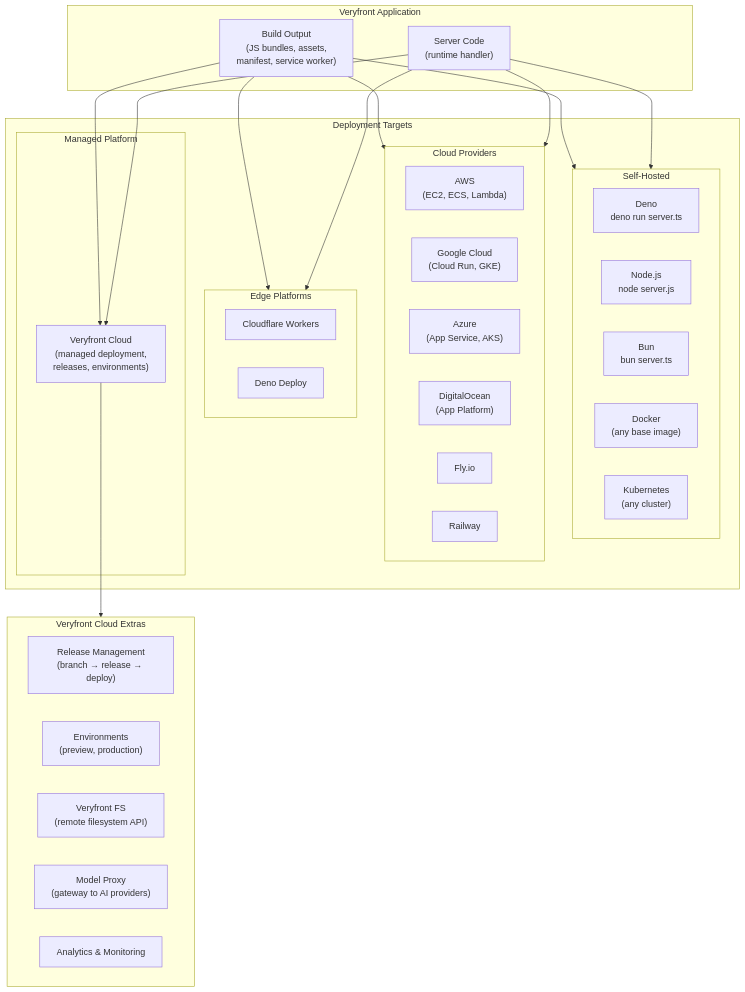
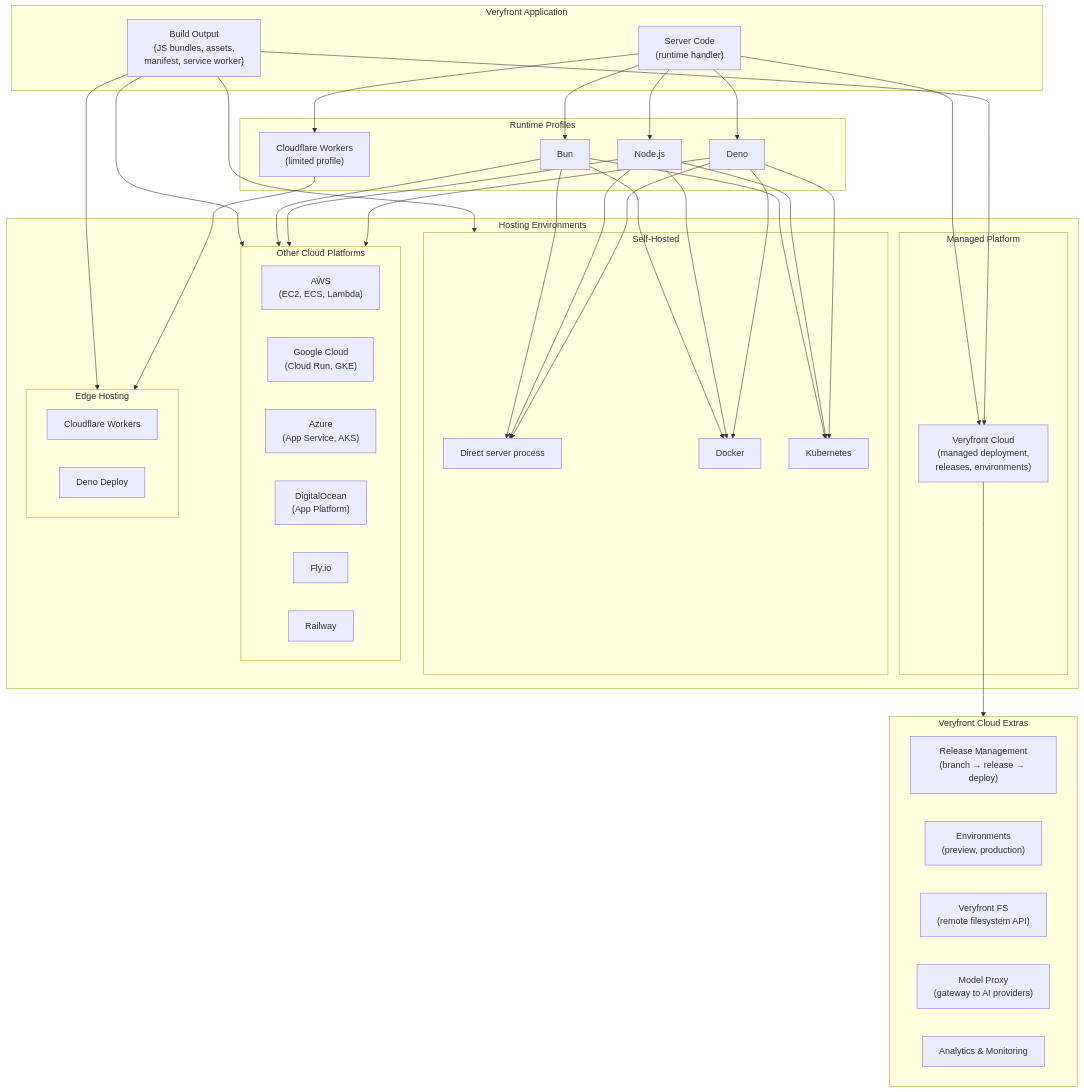
One commit to veryfront/veryfront-code changed the second of 6 diagrams in docs/architecture/05-deployment-platform.md. Above: the diagram before and after it, drawn with Mermaid. The commit also changed other lines of this file and 1 other file, not shown here.

Commit message:
Make the architecture diagrams match the current domain model
The high-level docs still implied a layered core-to-AI flow and mixed runtime profiles with hosting targets, which overstated how cleanly the current system is structured. This revises the overview and deployment diagrams to show app and AI as peer native domains, separate runtime capability from hosting environment, and remove extension-system overstatement.

Constraint: Keep the change documentation-only and grounded in the current support matrix and implementation shape
Rejected: Leave the old diagrams and rely on prose caveats | the diagrams themselves were the misleading part
Confidence: high
Scope-risk: narrow
Reversibility: clean
Directive: Keep high-level diagrams aligned with current code boundaries and support shape; avoid using them to document aspirational architecture
Tested: git diff --check -- docs/architecture/01-system-overview.md docs/architecture/05-deployment-platform.md
Not-tested: Mermaid rendering preview

````diff
--- a/docs/architecture/05-deployment-platform.md
+++ b/docs/architecture/05-deployment-platform.md
@@ -98,54 +98,75 @@
 ```mermaid
 graph TB
     subgraph VfApp["Veryfront Application"]
         BuildOutput["Build Output<br/>(JS bundles, assets,<br/>manifest, service worker)"]
         ServerCode["Server Code<br/>(runtime handler)"]
     end
 
-    subgraph Targets["Deployment Targets"]
-        subgraph SelfHosted["Self-Hosted"]
-            Deno["Deno<br/>deno run server.ts"]
-            NodeJS["Node.js<br/>node server.js"]
-            Bun["Bun<br/>bun server.ts"]
-            Docker["Docker<br/>(any base image)"]
-            K8s["Kubernetes<br/>(any cluster)"]
+    subgraph Profiles["Runtime Profiles"]
+        Deno["Deno"]
+        NodeJS["Node.js"]
+        Bun["Bun"]
+        EdgeProfile["Cloudflare Workers<br/>(limited profile)"]
+    end
+
+    subgraph Targets["Hosting Environments"]
+        subgraph Managed["Managed Platform"]
+            VfCloud["Veryfront Cloud<br/>(managed deployment,<br/>releases, environments)"]
         end
 
-        subgraph CloudProviders["Cloud Providers"]
+        subgraph SelfHosted["Self-Hosted"]
+            Direct["Direct server process"]
+            Docker["Docker"]
+            K8s["Kubernetes"]
+        end
+
+        subgraph CloudProviders["Other Cloud Platforms"]
             AWS["AWS<br/>(EC2, ECS, Lambda)"]
             GCP["Google Cloud<br/>(Cloud Run, GKE)"]
             Azure["Azure<br/>(App Service, AKS)"]
             DigitalOcean["DigitalOcean<br/>(App Platform)"]
             Fly["Fly.io"]
             Railway["Railway"]
         end
 
-        subgraph Edge["Edge Platforms"]
+        subgraph Edge["Edge Hosting"]
             CF["Cloudflare Workers"]
             DenoEdge["Deno Deploy"]
-        end
-
-        subgraph Managed["Managed Platform"]
-            VfCloud["Veryfront Cloud<br/>(managed deployment,<br/>releases, environments)"]
         end
     end
 
     subgraph VfCloudFeatures["Veryfront Cloud Extras"]
         Releases["Release Management<br/>(branch → release → deploy)"]
         Environments["Environments<br/>(preview, production)"]
         VfFS["Veryfront FS<br/>(remote filesystem API)"]
         ModelProxy["Model Proxy<br/>(gateway to AI providers)"]
         Analytics["Analytics & Monitoring"]
     end
 
+    ServerCode --> Deno
+    ServerCode --> NodeJS
+    ServerCode --> Bun
+    ServerCode --> EdgeProfile
+
+    Deno --> Direct
+    NodeJS --> Direct
+    Bun --> Direct
+    Deno --> Docker
+    NodeJS --> Docker
+    Bun --> Docker
+    Deno --> K8s
+    NodeJS --> K8s
+    Bun --> K8s
+    Deno --> CloudProviders
+    NodeJS --> CloudProviders
+    Bun --> CloudProviders
+    EdgeProfile --> Edge
+
     BuildOutput --> SelfHosted
     BuildOutput --> CloudProviders
     BuildOutput --> Edge
-    ServerCode --> SelfHosted
-    ServerCode --> CloudProviders
-    ServerCode --> Edge
 
     BuildOutput --> VfCloud
     ServerCode --> VfCloud
     VfCloud --> VfCloudFeatures
 ```
````
